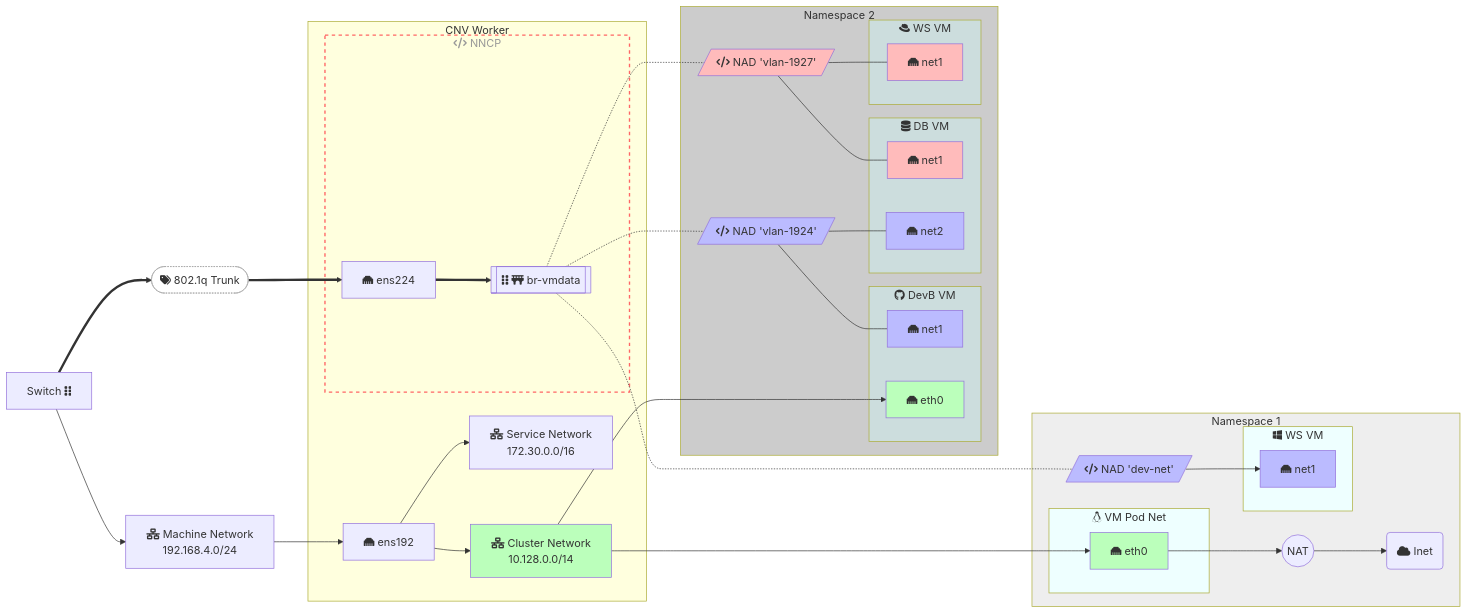
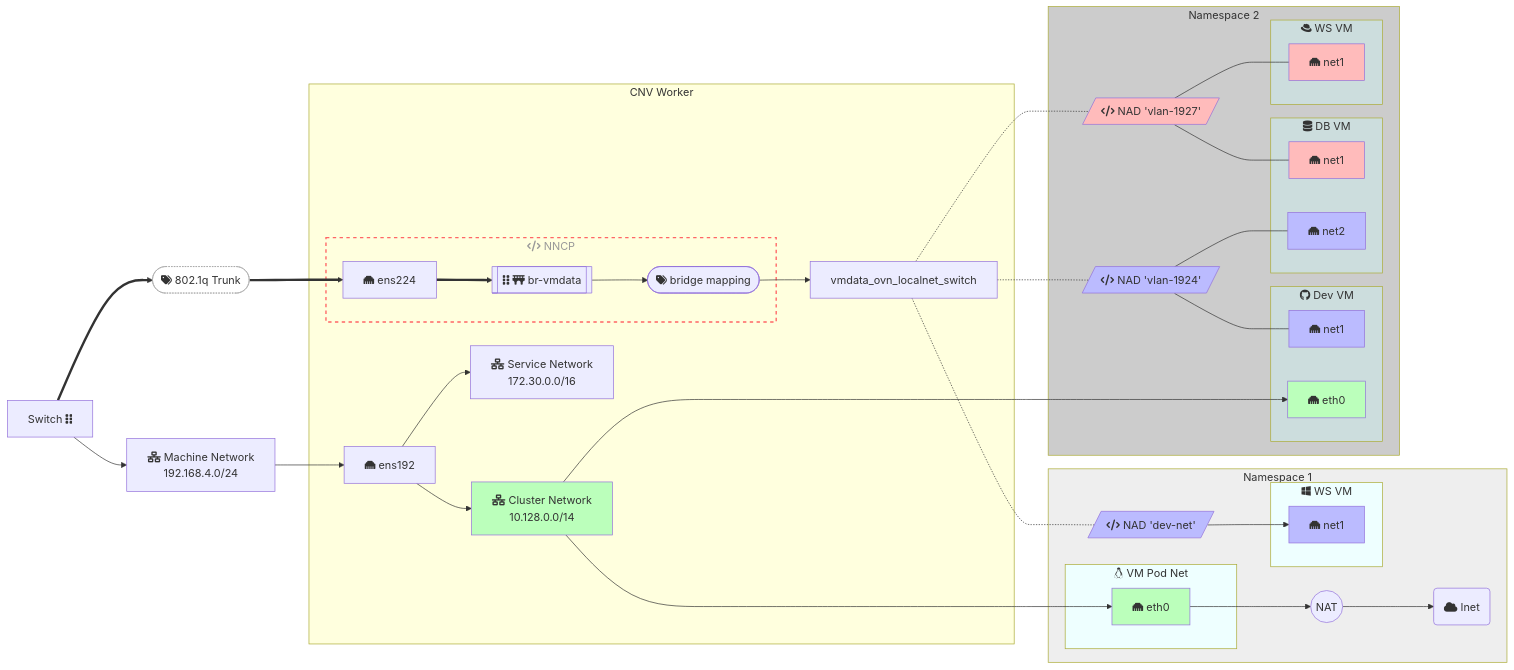
One commit to dlbewley/demo-virt changed the first of 3 diagrams in networking/diagram.md. Above: the diagram before and after it, drawn with Mermaid. The commit also changed other lines of this file, not shown here.

````diff
--- a/networking/diagram.md
+++ b/networking/diagram.md
@@ -9,78 +11,82 @@
 ```mermaid
 graph LR;
 
   switch["Switch fa:fa-grip-vertical"]
   machinenet["fa:fa-network-wired Machine Network<br> 192.168.4.0/24"]
   switch --> machinenet --> ens192
   switch ==> T(["fa:fa-tags 802.1q Trunk"]) ==> ens224[ens224]
 
   subgraph node["CNV Worker"]
     ens192["fa:fa-ethernet ens192"]
     servicenet["fa:fa-network-wired Service Network<br> 172.30.0.0/16"]
     clusternet["fa:fa-network-wired Cluster Network<br> 10.128.0.0/14"]
 
     ens192 --> servicenet
     ens192 --> clusternet
 
     subgraph nncp["fa:fa-code NNCP"]
       ens224["fa:fa-ethernet ens224"]
       ens224 ==> br-vmdata[["fa:fa-grip-vertical fa:fa-bridge br-vmdata"]]
+    br-vmdata --> BM(["fa:fa-tags bridge mapping"])
     end
+
+    BM --> vmdata_ovn_localnet_switch
+
   end
 
   subgraph ns1["Namespace 1"]
     subgraph ns1-vm1[fab:fa-linux VM Pod Net]
         nginx-nic["fa:fa-ethernet eth0"]
     end
     clusternet ----> nginx-nic
     nginx-nic --> nat((NAT)) --> inet("fa:fa-cloud Inet")
 
     subgraph ns1-vm2[fab:fa-windows WS VM]
         ns1-vm2-nic1["fa:fa-ethernet net1"]
     end
-    br-vmdata -.- ns1-nad-1924[/"fa:fa-code NAD 'dev-net'"/] --> ns1-vm2-nic1
+    vmdata_ovn_localnet_switch  -.- ns1-nad-1924[/"fa:fa-code NAD 'dev-net'"/] --> ns1-vm2-nic1
   end
 
   subgraph ns2["Namespace 2"]
-    subgraph ns2-vm1[fab:fa-github DevB VM]
+    subgraph ns2-vm1[fab:fa-github Dev VM]
         ns2-vm1-nic1["fa:fa-ethernet net1"]
         ns2-vm1-nic2["fa:fa-ethernet eth0"]
     end
 
     clusternet --> ns2-vm1-nic2
 
     subgraph ns2-vm2["fa:fa-database DB VM"]
         ns2-vm2-nic1["fa:fa-ethernet net1"]
         ns2-vm2-nic2["fa:fa-ethernet net2"]
     end
 
     subgraph ns2-vm3["fab:fa-redhat WS VM"]
         ns2-vm3-nic1["fa:fa-ethernet net1"]
     end
 
-    br-vmdata -.- ns2-nad-1924[/"fa:fa-code NAD 'vlan-1924'"/] --- ns2-vm1-nic1
+    vmdata_ovn_localnet_switch -.- ns2-nad-1924[/"fa:fa-code NAD 'vlan-1924'"/] --- ns2-vm1-nic1
                 ns2-nad-1924                                   --- ns2-vm2-nic2
-    br-vmdata -.- ns2-nad-1927[/"fa:fa-code NAD 'vlan-1927'"/] --- ns2-vm2-nic1
+    vmdata_ovn_localnet_switch -.- ns2-nad-1927[/"fa:fa-code NAD 'vlan-1927'"/] --- ns2-vm2-nic1
                 ns2-nad-1927                                   --- ns2-vm3-nic1
   end
 
   classDef clusterNet fill:#bfb
   class clusternet,nginx-nic,ns2-vm1-nic2 clusterNet
 
   classDef vlan-1924 fill:#bbf
   class ens224.1924,br-1924,ns1-nad-1924,ns2-nad-1924,ns1-vm2-nic1,ns1-ws2-1924,ns2-vm1-nic1,ns2-vm2-nic2 vlan-1924
 
   classDef vlan-1927 fill:#fbb
   class ens224.1927,br-1927,ns1-nad-1927,ns2-nad-1927,ns2-vm2-nic1,ns2-vm3-nic1 vlan-1927
 
   style nncp stroke:#f66,stroke-width:2px,color:#999,stroke-dasharray: 5 5
   style T fill:white,stroke:darkgrey,stroke-width:1px,color:#333,stroke-dasharray: 2 2
 
   classDef ns1-vm fill:#eff
   class ns1-vm1,ns1-vm2 ns1-vm
   style ns1 fill:#eee
 
   classDef ns2-vm fill:#cdd
   class ns2-vm1,ns2-vm2,ns2-vm3 ns2-vm
   style ns2 fill:#ccc
 ```
````
